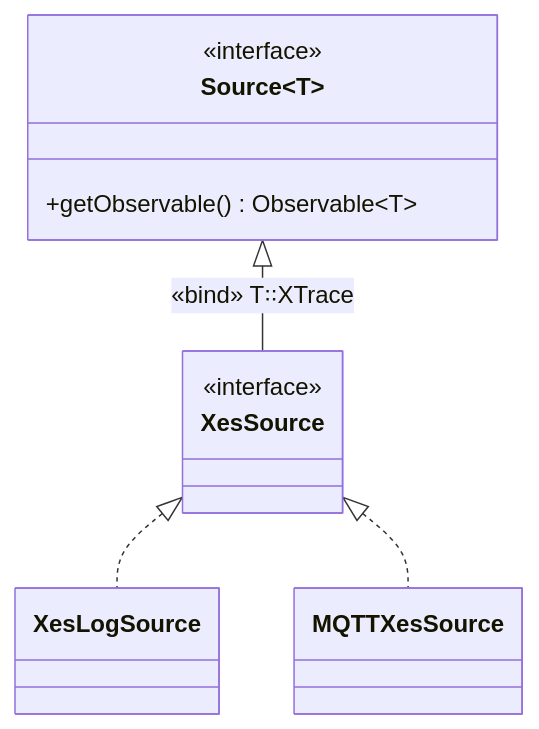
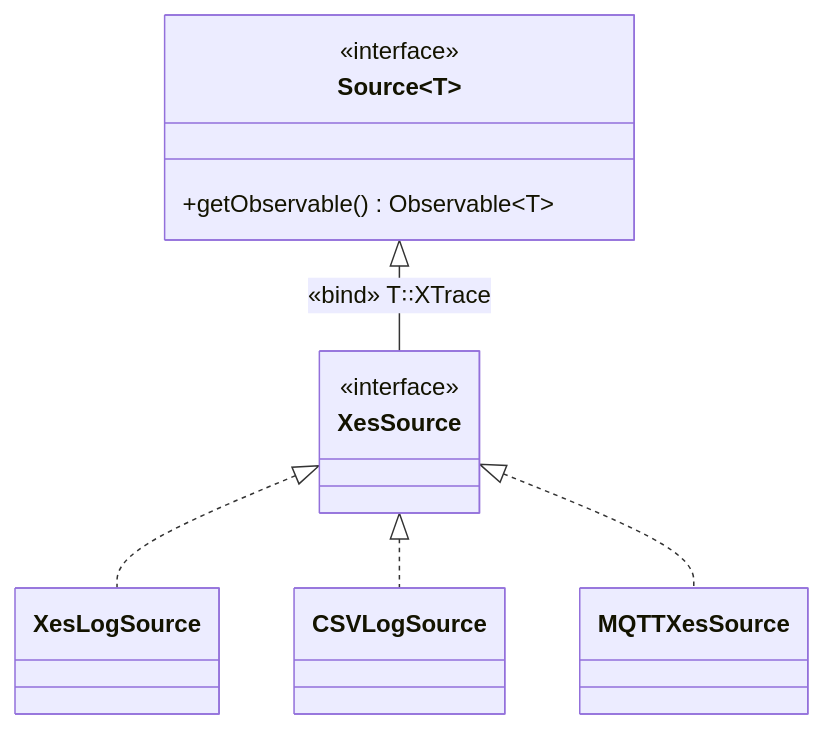
One commit to beamline/docs changed the first of 4 diagrams in docs/getting-started.md. Above: the diagram before and after it, drawn with Mermaid. The commit also changed other lines of this file, not shown here.

```diff
--- a/docs/getting-started.md
+++ b/docs/getting-started.md
@@ -73,10 +73,11 @@
 <div class="mermaid">
 classDiagram
 Source~T~ <|-- XesSource : &laquo;bind&raquo; T&#42889;&#42889;XTrace
 XesSource <|.. XesLogSource
+XesSource <|.. CSVLogSource
 XesSource <|.. MQTTXesSource
 Source : +getObservable() Observable~T~
 
 << interface >> Source
 << interface >> XesSource
 </div>
```
